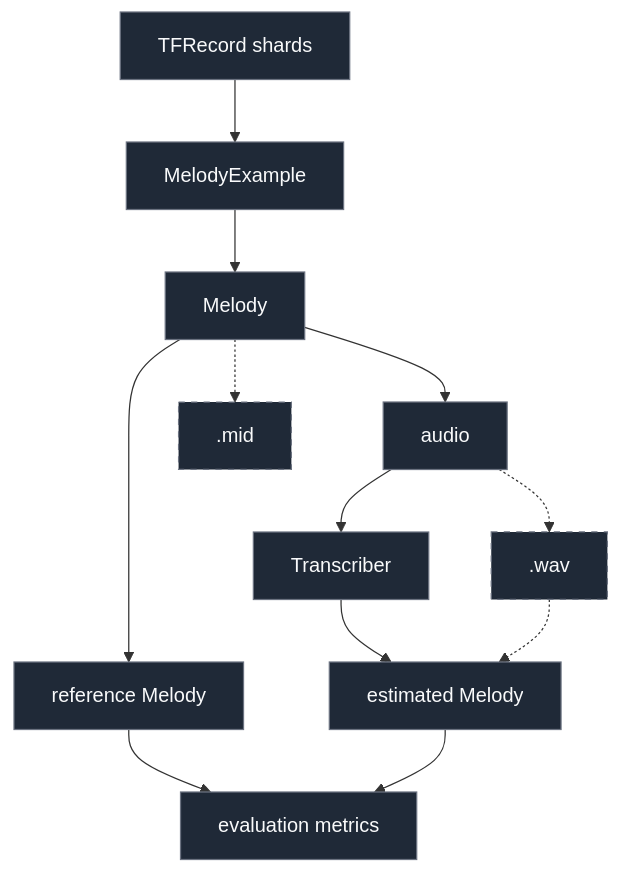
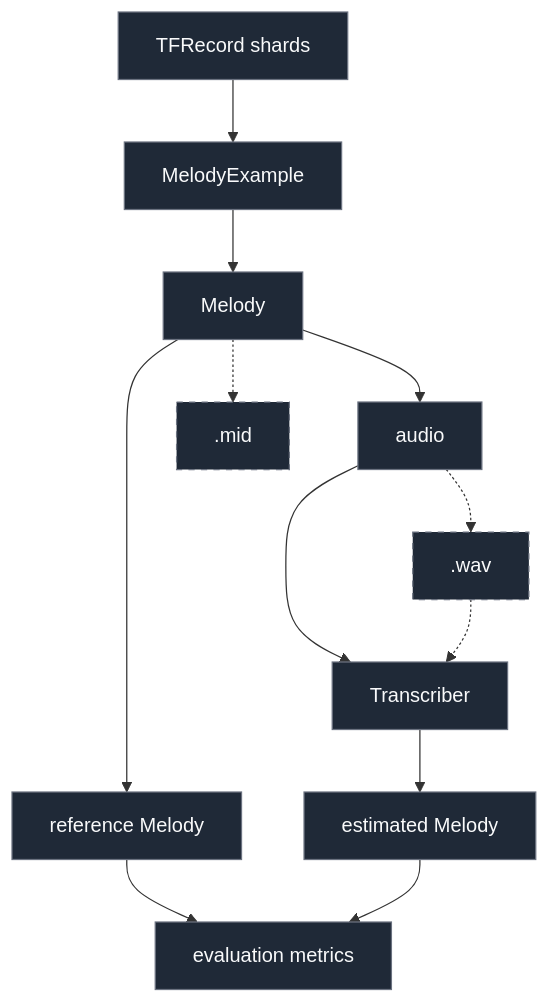
One commit to rdguzman-dev/scribr changed the diagram in README.md. Above: the diagram before and after it, drawn with Mermaid.

Commit message:
docs(readme): fix edges in data flow Mermaid diagram

````diff
--- a/README.md
+++ b/README.md
@@ -153,34 +153,34 @@
 ```mermaid
 flowchart TD
     A[TFRecord shards] --> B[MelodyExample]
     B --> C[Melody]
 
     C --> F[audio]
     F --> H[Transcriber]
     H --> I[estimated Melody]
 
     C --> K[reference Melody]
     K --> J[evaluation metrics]
     I --> J
 
     C -.-> G[.mid]
     F -.-> L[.wav]
-    L -.-> I
+    L -.-> H
 
     style G stroke-dasharray: 5 5
     style L stroke-dasharray: 5 5
 
     click A "https://github.com/rdguzman-dev/scribr/blob/main/src/scribr/data/dataset.py"
     click B "https://github.com/rdguzman-dev/scribr/blob/main/src/scribr/representation/melody.py"
     click C "https://github.com/rdguzman-dev/scribr/blob/main/src/scribr/representation/melody.py"
     click F "https://github.com/rdguzman-dev/scribr/blob/main/src/scribr/synthesis/synthesizer.py"
     click H "https://github.com/rdguzman-dev/scribr/blob/main/src/scribr/transcription.py"
     click I "https://github.com/rdguzman-dev/scribr/blob/main/src/scribr/representation/melody.py"
     click K "https://github.com/rdguzman-dev/scribr/blob/main/src/scribr/representation/melody.py"
     click J "https://github.com/rdguzman-dev/scribr/blob/main/src/scribr/evaluation/metrics.py"
     click G "https://github.com/rdguzman-dev/scribr/blob/main/src/scribr/midi/writer.py"
     click L "https://github.com/rdguzman-dev/scribr/blob/main/src/scribr/wav/writer.py"
 
     classDef clickable fill:#1f2937,stroke:#6b7280,color:#f9fafb
     class A,B,C,F,H,I,K,J,G,L clickable
 ```
````
